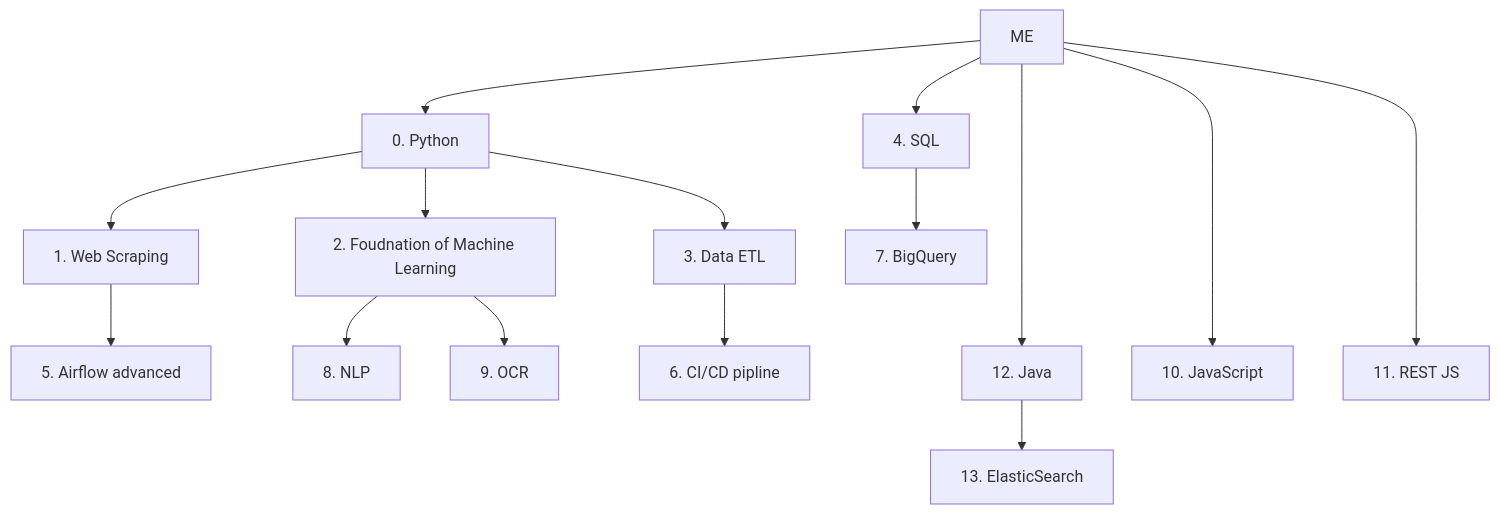
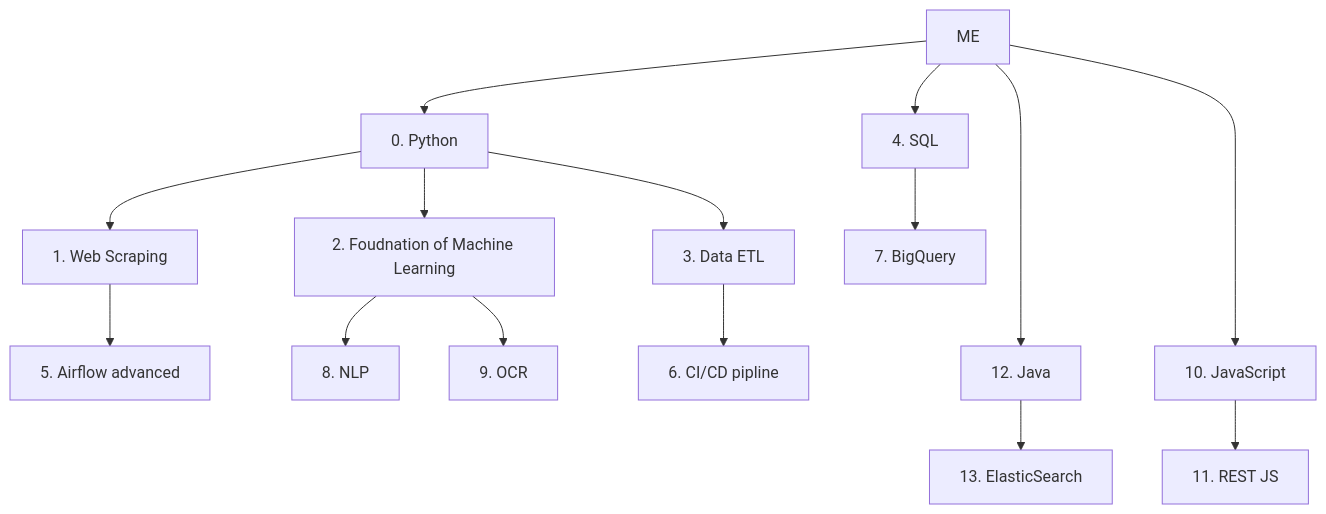
Before and after one commit to kenchudigital/learning-path: the diagram in README.md, drawn with Mermaid.

````diff
--- a/README.md
+++ b/README.md
@@ -4,18 +4,18 @@
 ```mermaid
   graph TD;
       Z[ME];
       Z --> A[0. Python];
       A --> B[1. Web Scraping]
       A --> C[2. Foudnation of Machine Learning]
       A --> D[3. Data ETL]
       Z --> H[4. SQL]
       D --> E[6. CI/CD pipline]
       Z ----> F[12. Java]
       Z ----> M[10. JavaScript]
-      Z ----> N[11. REST JS]
+      M --> N[11. REST JS]
       B --> G[5. Airflow advanced]
       H --> I[7. BigQuery]
       C --> J[8. NLP]
       C --> K[9. OCR]
       F --> L[13. ElasticSearch]
 ```
````
